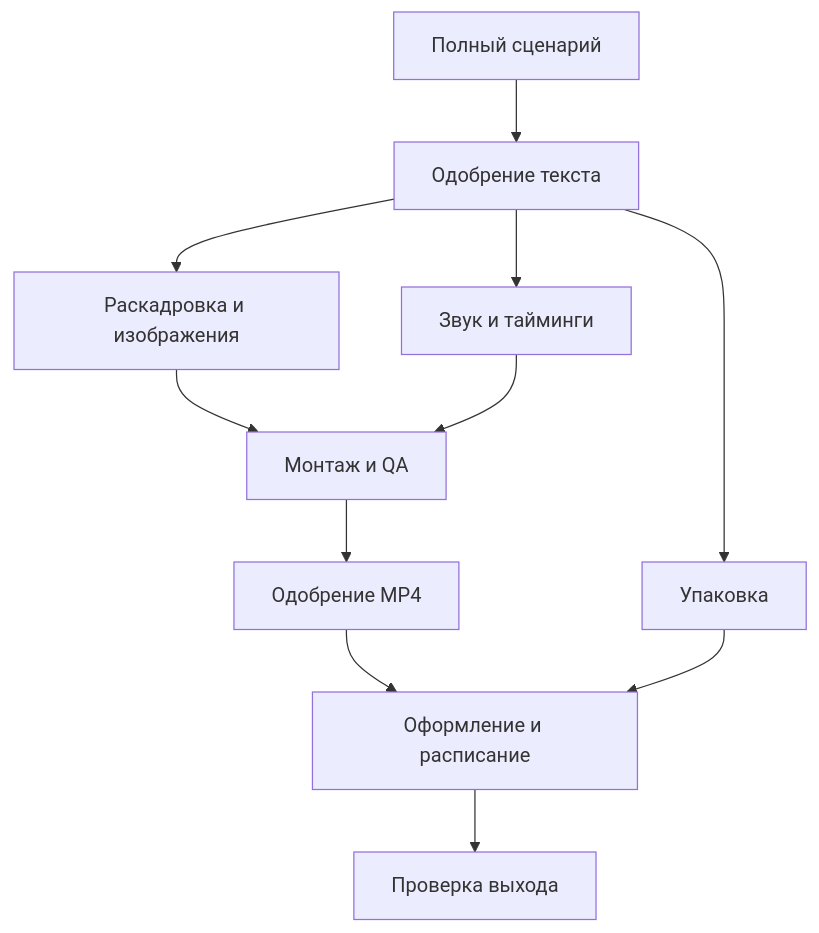
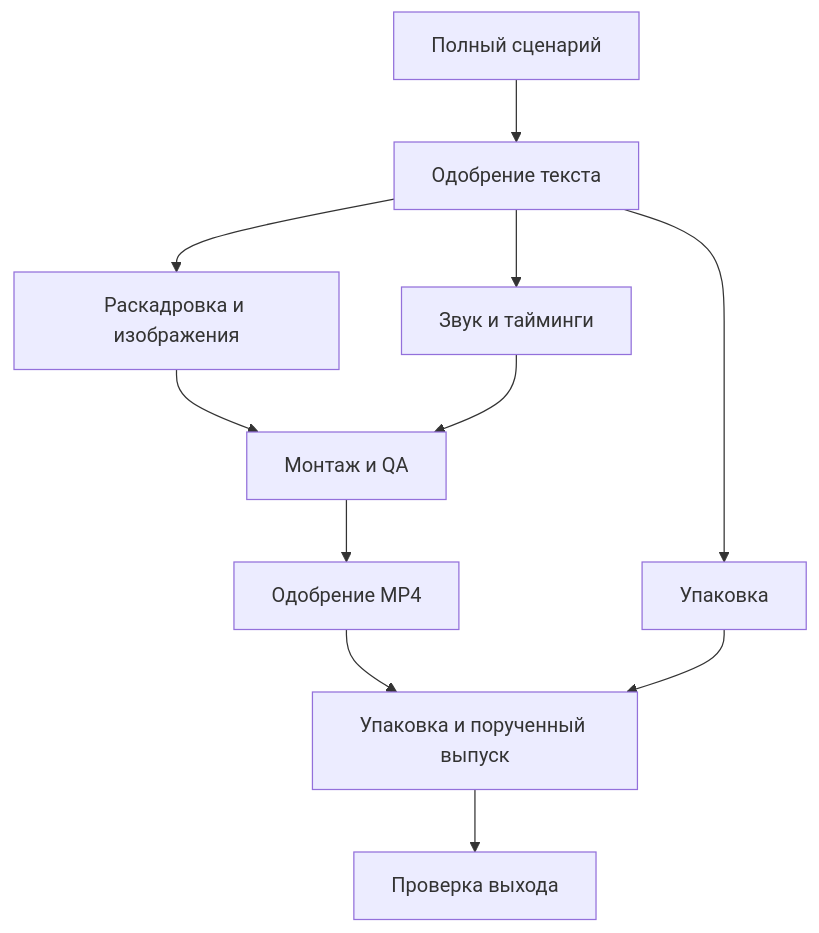
One commit to kleksar/ytvideos changed the diagram in docs/workflow.md. Above: the diagram before and after it, drawn with Mermaid. The commit also changed other lines of this file and 20050 other files, not shown here.

````diff
--- a/docs/workflow.md
+++ b/docs/workflow.md
@@ -31,13 +31,13 @@
 ```mermaid
 flowchart TD
   A["Полный сценарий"] --> B["Одобрение текста"]
   B --> C["Раскадровка и изображения"]
   B --> D["Звук и тайминги"]
   B --> E["Упаковка"]
   C --> F["Монтаж и QA"]
   D --> F
   F --> G["Одобрение MP4"]
-  G --> H["Оформление и расписание"]
+  G --> H["Упаковка и порученный выпуск"]
   E --> H
   H --> I["Проверка выхода"]
 ```
````
